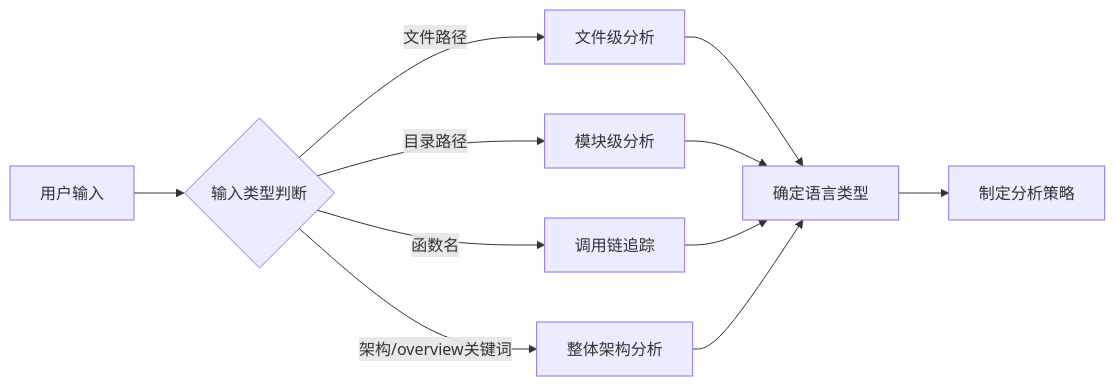
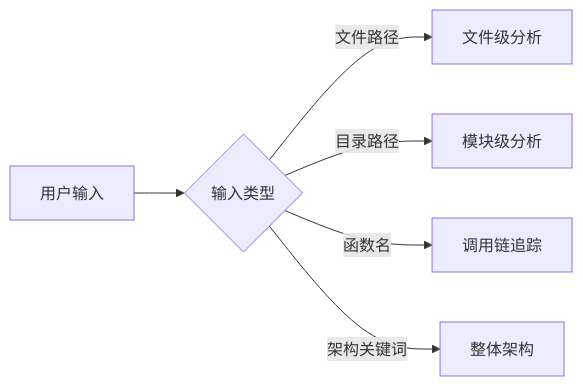
One commit to JIA-ss/agents changed the third of 7 diagrams in agents/code-analyzer.md. Above: the diagram before and after it, drawn with Mermaid. The commit also changed other lines of this file and 4 other files, not shown here.

````diff
--- a/agents/code-analyzer.md
+++ b/agents/code-analyzer.md
@@ -110,15 +80,8 @@
 ```mermaid
 flowchart LR
-    A[用户输入] --> B{输入类型判断}
+    A[用户输入] --> B{输入类型}
     B -->|文件路径| C[文件级分析]
     B -->|目录路径| D[模块级分析]
     B -->|函数名| E[调用链追踪]
-    B -->|"架构/overview"关键词| F[整体架构分析]
-
-    C --> G[确定语言类型]
-    D --> G
-    E --> G
-    F --> G
-
-    G --> H[制定分析策略]
+    B -->|架构关键词| F[整体架构]
 ```
````
